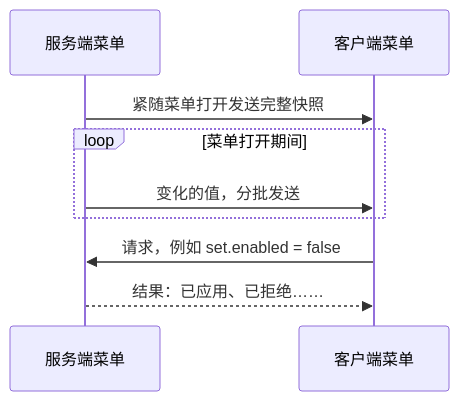
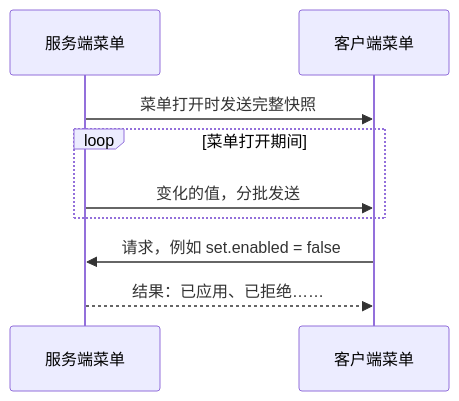
One commit to Frostbite-time/CompixelUI changed the diagram in docs/zh-CN/menu-sync.md. Above: the diagram before and after it, drawn with Mermaid. The commit also changed other lines of this file and 1 other file, not shown here.

````diff
--- a/docs/zh-CN/menu-sync.md
+++ b/docs/zh-CN/menu-sync.md
@@ -7,11 +7,11 @@
 ```mermaid
 sequenceDiagram
     participant S as 服务端菜单
     participant C as 客户端菜单
-    S->>C: 紧随菜单打开发送完整快照
+    S->>C: 菜单打开时发送完整快照
     loop 菜单打开期间
         S->>C: 变化的值，分批发送
     end
     C->>S: 请求，例如 set.enabled = false
     S-->>C: 结果：已应用、已拒绝……
 ```
````
